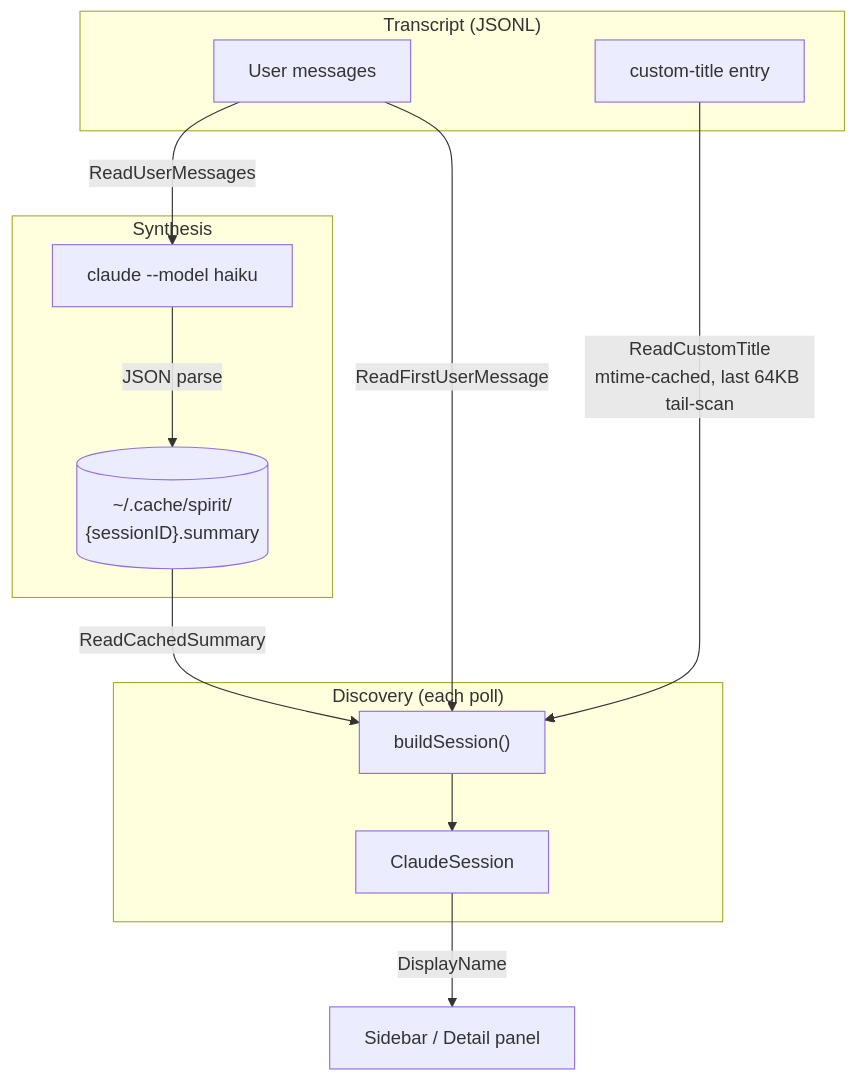
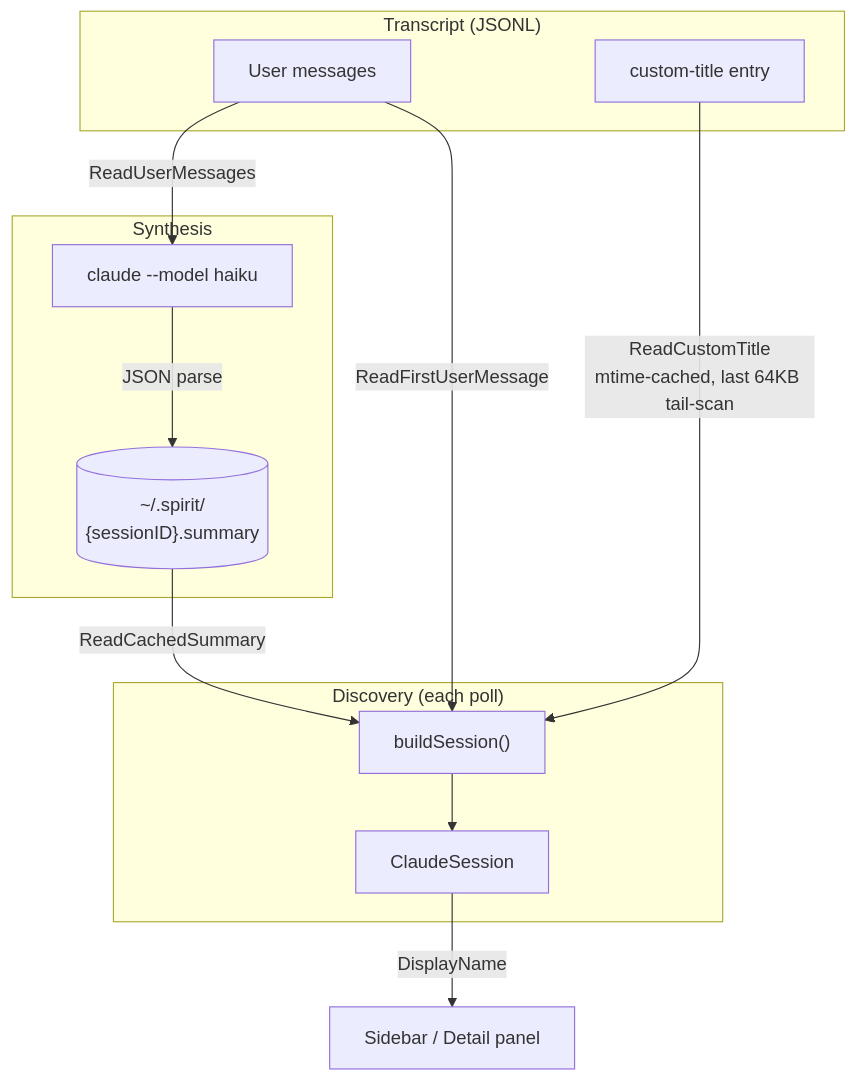
The diagram in docs/session-title-resolution.md (huylenq/spirit), drawn with Mermaid before and after one commit. The commit also changed other lines of this file and 16 other files, not shown here.

First line of the commit message:
refactor: migrate state directory from ~/.cache/spirit to ~/.spirit

````diff
--- a/docs/session-title-resolution.md
+++ b/docs/session-title-resolution.md
@@ -21,25 +21,25 @@
 ```mermaid
 flowchart TD
     subgraph "Transcript (JSONL)"
         UM["User messages"]
         CT["custom-title entry"]
     end
 
     subgraph "Synthesis"
         AI["claude --model haiku"]
-        Cache[("~/.cache/spirit/<br/>{sessionID}.summary")]
+        Cache[("~/.spirit/<br/>{sessionID}.summary")]
     end
 
     subgraph "Discovery (each poll)"
         Build["buildSession()"]
         CS["ClaudeSession"]
     end
 
     UM -->|ReadUserMessages| AI
     AI -->|JSON parse| Cache
     Cache -->|ReadCachedSummary| Build
     CT -->|ReadCustomTitle<br/>mtime-cached, last 64KB tail-scan| Build
     UM -->|ReadFirstUserMessage| Build
     Build --> CS
     CS -->|DisplayName| UI["Sidebar / Detail panel"]
 ```
````
